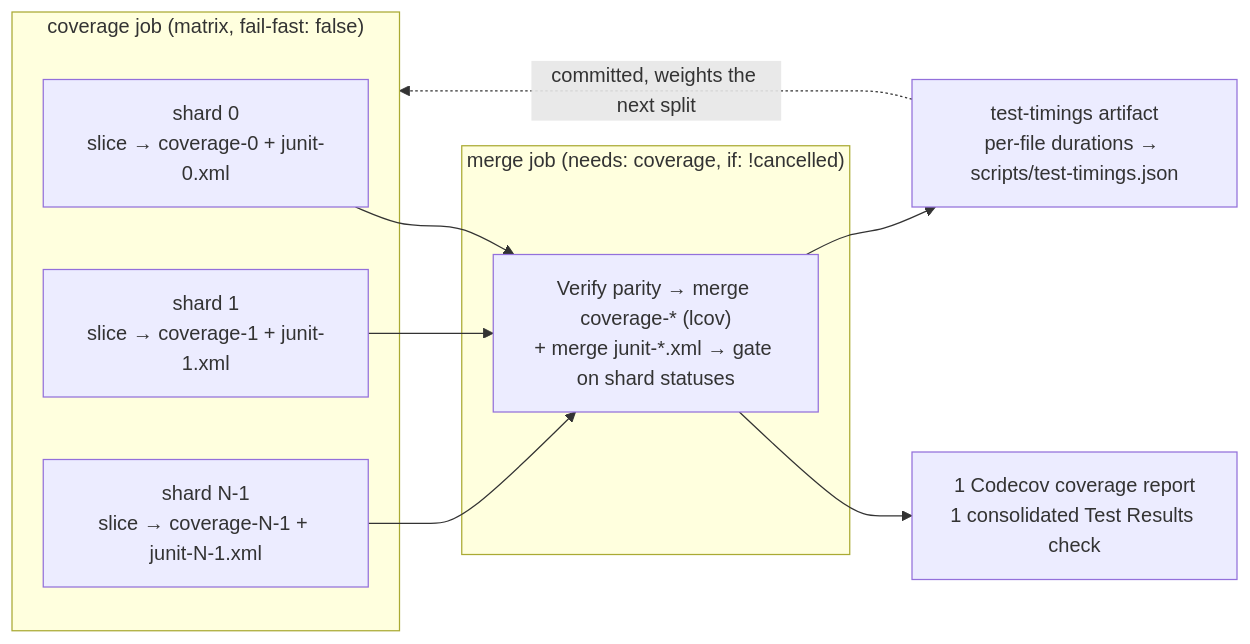
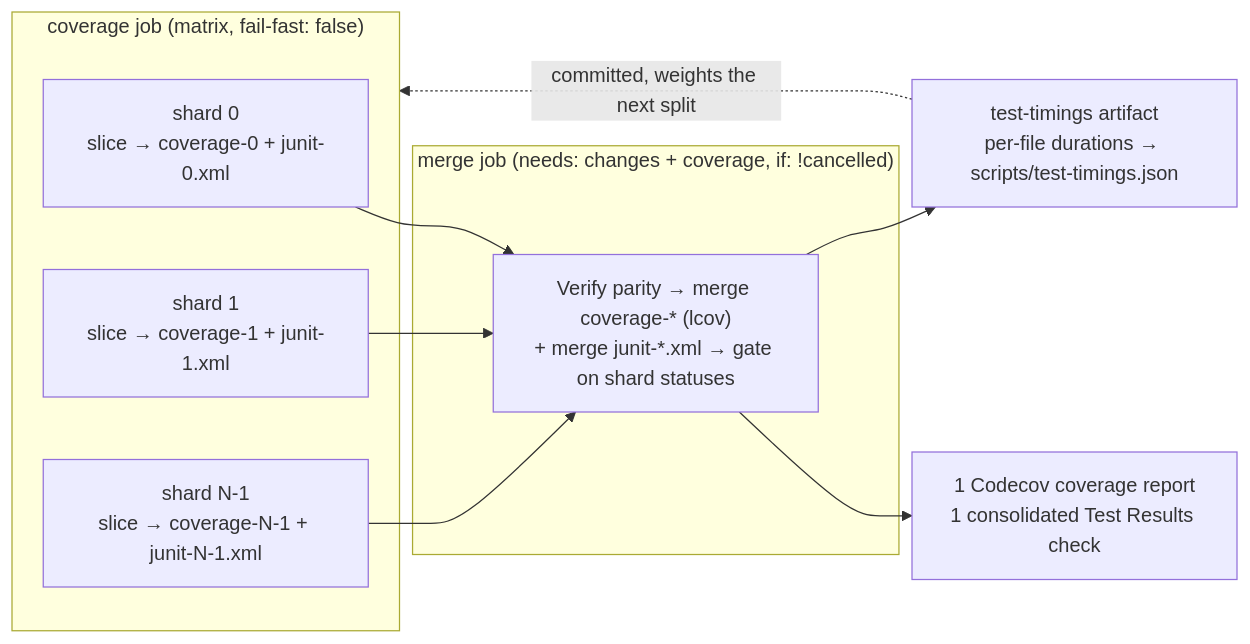
The second of 5 diagrams in docs/troubleshooting/CI.md (stSoftwareAU/NEAT-AI), drawn with Mermaid before and after one commit. The commit also changed other lines of this file and 5 other files, not shown here.

First line of the commit message:
Scope coverage shards to code paths; keep merge check always on (#4041) (#4045)

````diff
--- a/docs/troubleshooting/CI.md
+++ b/docs/troubleshooting/CI.md
@@ -75,17 +107,17 @@
 ```mermaid
 flowchart LR
     subgraph coverage["coverage job (matrix, fail-fast: false)"]
         S0["shard 0<br/>slice → coverage-0 + junit-0.xml"]
         S1["shard 1<br/>slice → coverage-1 + junit-1.xml"]
         SN["shard N-1<br/>slice → coverage-N-1 + junit-N-1.xml"]
     end
     S0 --> M
     S1 --> M
     SN --> M
-    subgraph merge["merge job (needs: coverage, if: !cancelled)"]
+    subgraph merge["merge job (needs: changes + coverage, if: !cancelled)"]
         M["Verify parity → merge coverage-* (lcov)<br/>+ merge junit-*.xml → gate on shard statuses"]
     end
     M --> C["1 Codecov coverage report<br/>1 consolidated Test Results check"]
     M --> T["test-timings artifact<br/>per-file durations → scripts/test-timings.json"]
     T -. "committed, weights the next split" .-> coverage
 ```
````
